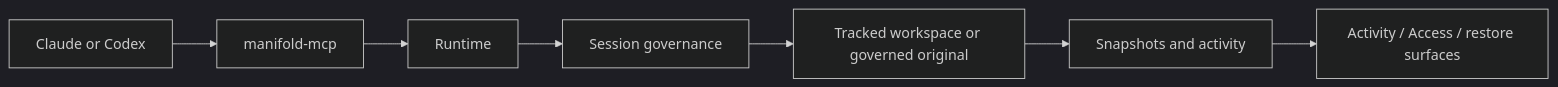
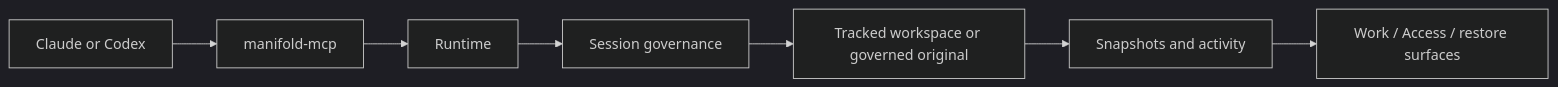
The fifth of 8 diagrams in docs/architecture.md (Spatial-Duality/Manifold), drawn with Mermaid (dark theme) before and after one commit. The commit also changed other lines of this file and 84 other files, not shown here.

````diff
--- a/docs/architecture.md
+++ b/docs/architecture.md
@@ -138,9 +136,9 @@
 ```mermaid
 flowchart LR
     C["Claude or Codex"] --> M["manifold-mcp"]
     M --> R["Runtime"]
     R --> T["Session governance"]
     T --> W["Tracked workspace or governed original"]
     W --> H["Snapshots and activity"]
-    H --> U["Activity / Access / restore surfaces"]
+    H --> U["Work / Access / restore surfaces"]
 ```
````
